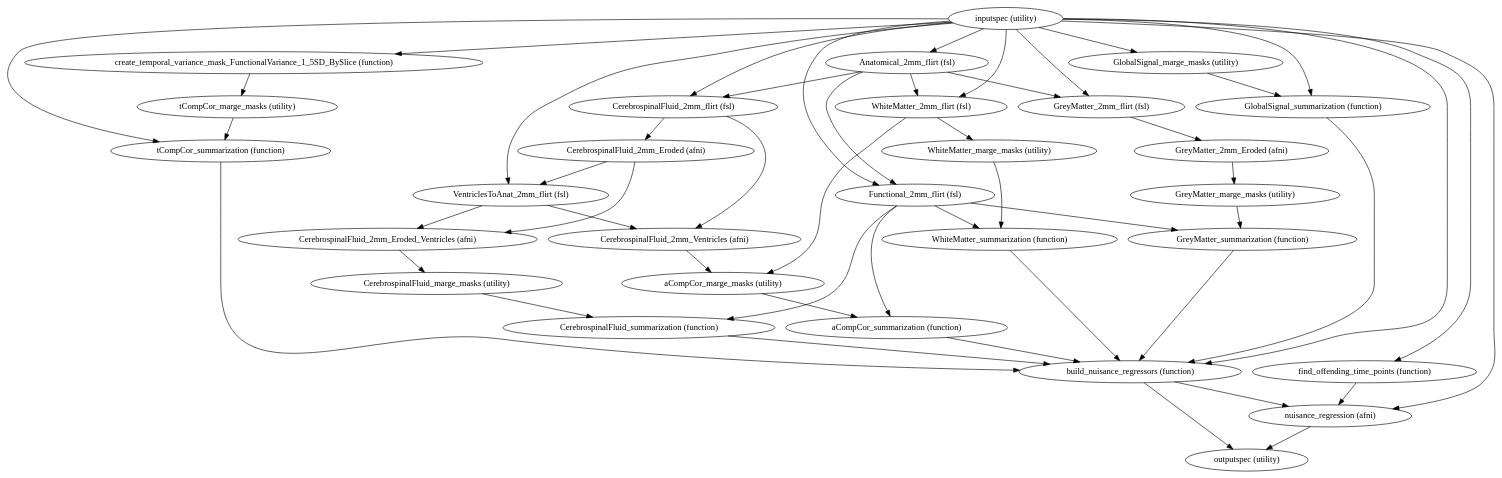
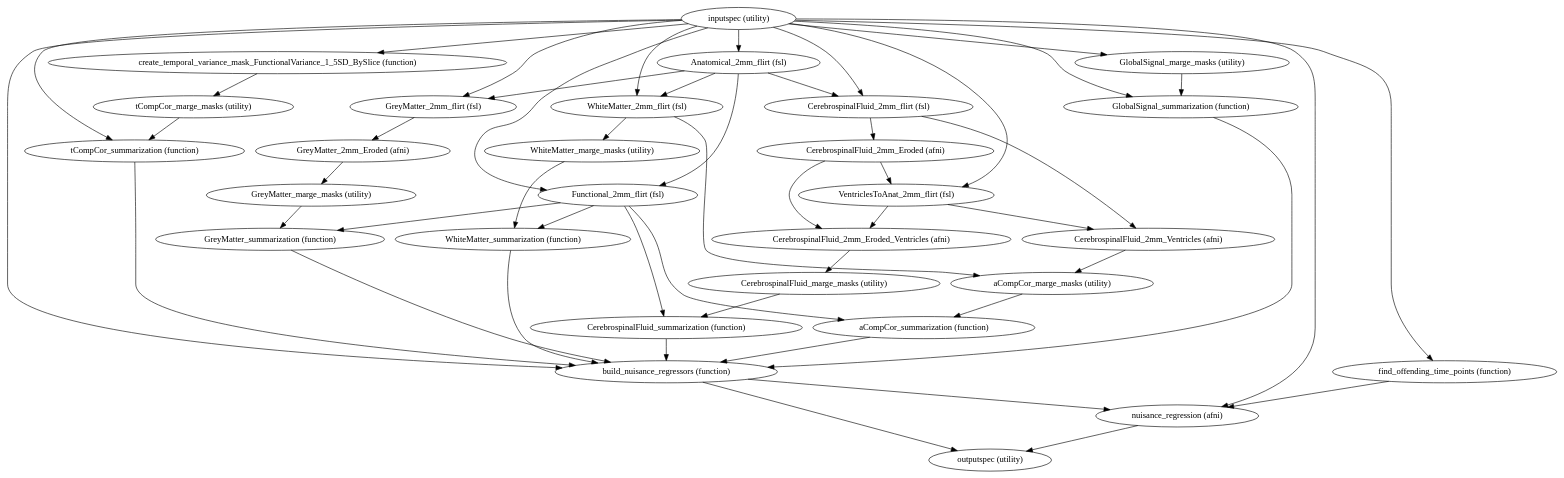
The diagram in docs/developer/workflows/images/nuisance.dot (FCP-INDI/fcp-indi.github.io), drawn with Graphviz before and after one commit. The commit also changed other lines of this file and 10 other files, not shown here.

```diff
--- a/docs/developer/workflows/images/nuisance.dot
+++ b/docs/developer/workflows/images/nuisance.dot
@@ -1,80 +1,80 @@
 strict digraph "" {
 "tCompCor_summarization (function)";
 "CerebrospinalFluid_2mm_Eroded (afni)";
 "Anatomical_2mm_flirt (fsl)";
 "inputspec (utility)";
-"WhiteMatter_2mm_flirt (fsl)";
-"aCompCor_summarization (function)";
+"CerebrospinalFluid_2mm_Eroded_Ventricles (afni)";
 "build_nuisance_regressors (function)";
 "GreyMatter_2mm_flirt (fsl)";
 "GreyMatter_2mm_Eroded (afni)";
 "CerebrospinalFluid_2mm_flirt (fsl)";
-"aCompCor_marge_masks (utility)";
+"aCompCor_summarization (function)";
 "find_offending_time_points (function)";
-"CerebrospinalFluid_2mm_Eroded_Ventricles (afni)";
+"WhiteMatter_2mm_flirt (fsl)";
 "tCompCor_marge_masks (utility)";
 "GlobalSignal_summarization (function)";
+"aCompCor_marge_masks (utility)";
 "WhiteMatter_marge_masks (utility)";
 "GreyMatter_marge_masks (utility)";
 "GlobalSignal_marge_masks (utility)";
 "WhiteMatter_summarization (function)";
 "VentriclesToAnat_2mm_flirt (fsl)";
 "CerebrospinalFluid_summarization (function)";
 "nuisance_regression (afni)";
 "CerebrospinalFluid_2mm_Ventricles (afni)";
 "outputspec (utility)";
 "create_temporal_variance_mask_FunctionalVariance_1_5SD_BySlice (function)";
 "Functional_2mm_flirt (fsl)";
 "CerebrospinalFluid_marge_masks (utility)";
 "GreyMatter_summarization (function)";
 "tCompCor_summarization (function)" -> "build_nuisance_regressors (function)";
 "CerebrospinalFluid_2mm_Eroded (afni)" -> "CerebrospinalFluid_2mm_Eroded_Ventricles (afni)";
 "CerebrospinalFluid_2mm_Eroded (afni)" -> "VentriclesToAnat_2mm_flirt (fsl)";
 "Anatomical_2mm_flirt (fsl)" -> "Functional_2mm_flirt (fsl)";
 "Anatomical_2mm_flirt (fsl)" -> "CerebrospinalFluid_2mm_flirt (fsl)";
 "Anatomical_2mm_flirt (fsl)" -> "GreyMatter_2mm_flirt (fsl)";
 "Anatomical_2mm_flirt (fsl)" -> "WhiteMatter_2mm_flirt (fsl)";
 "inputspec (utility)" -> "tCompCor_summarization (function)";
 "inputspec (utility)" -> "nuisance_regression (afni)";
 "inputspec (utility)" -> "find_offending_time_points (function)";
 "inputspec (utility)" -> "WhiteMatter_2mm_flirt (fsl)";
 "inputspec (utility)" -> "create_temporal_variance_mask_FunctionalVariance_1_5SD_BySlice (function)";
 "inputspec (utility)" -> "GlobalSignal_summarization (function)";
 "inputspec (utility)" -> "Anatomical_2mm_flirt (fsl)";
 "inputspec (utility)" -> "Functional_2mm_flirt (fsl)";
 "inputspec (utility)" -> "GlobalSignal_marge_masks (utility)";
 "inputspec (utility)" -> "build_nuisance_regressors (function)";
 "inputspec (utility)" -> "GreyMatter_2mm_flirt (fsl)";
 "inputspec (utility)" -> "VentriclesToAnat_2mm_flirt (fsl)";
 "inputspec (utility)" -> "CerebrospinalFluid_2mm_flirt (fsl)";
-"WhiteMatter_2mm_flirt (fsl)" -> "aCompCor_marge_masks (utility)";
-"WhiteMatter_2mm_flirt (fsl)" -> "WhiteMatter_marge_masks (utility)";
-"aCompCor_summarization (function)" -> "build_nuisance_regressors (function)";
+"CerebrospinalFluid_2mm_Eroded_Ventricles (afni)" -> "CerebrospinalFluid_marge_masks (utility)";
 "build_nuisance_regressors (function)" -> "nuisance_regression (afni)";
 "build_nuisance_regressors (function)" -> "outputspec (utility)";
 "GreyMatter_2mm_flirt (fsl)" -> "GreyMatter_2mm_Eroded (afni)";
 "GreyMatter_2mm_Eroded (afni)" -> "GreyMatter_marge_masks (utility)";
+"CerebrospinalFluid_2mm_flirt (fsl)" -> "CerebrospinalFluid_2mm_Ventricles (afni)";
 "CerebrospinalFluid_2mm_flirt (fsl)" -> "CerebrospinalFluid_2mm_Eroded (afni)";
-"CerebrospinalFluid_2mm_flirt (fsl)" -> "CerebrospinalFluid_2mm_Ventricles (afni)";
-"aCompCor_marge_masks (utility)" -> "aCompCor_summarization (function)";
+"aCompCor_summarization (function)" -> "build_nuisance_regressors (function)";
 "find_offending_time_points (function)" -> "nuisance_regression (afni)";
-"CerebrospinalFluid_2mm_Eroded_Ventricles (afni)" -> "CerebrospinalFluid_marge_masks (utility)";
+"WhiteMatter_2mm_flirt (fsl)" -> "aCompCor_marge_masks (utility)";
+"WhiteMatter_2mm_flirt (fsl)" -> "WhiteMatter_marge_masks (utility)";
 "tCompCor_marge_masks (utility)" -> "tCompCor_summarization (function)";
 "GlobalSignal_summarization (function)" -> "build_nuisance_regressors (function)";
+"aCompCor_marge_masks (utility)" -> "aCompCor_summarization (function)";
 "WhiteMatter_marge_masks (utility)" -> "WhiteMatter_summarization (function)";
 "GreyMatter_marge_masks (utility)" -> "GreyMatter_summarization (function)";
 "GlobalSignal_marge_masks (utility)" -> "GlobalSignal_summarization (function)";
 "WhiteMatter_summarization (function)" -> "build_nuisance_regressors (function)";
 "VentriclesToAnat_2mm_flirt (fsl)" -> "CerebrospinalFluid_2mm_Ventricles (afni)";
 "VentriclesToAnat_2mm_flirt (fsl)" -> "CerebrospinalFluid_2mm_Eroded_Ventricles (afni)";
 "CerebrospinalFluid_summarization (function)" -> "build_nuisance_regressors (function)";
 "nuisance_regression (afni)" -> "outputspec (utility)";
 "CerebrospinalFluid_2mm_Ventricles (afni)" -> "aCompCor_marge_masks (utility)";
 "create_temporal_variance_mask_FunctionalVariance_1_5SD_BySlice (function)" -> "tCompCor_marge_masks (utility)";
 "Functional_2mm_flirt (fsl)" -> "aCompCor_summarization (function)";
 "Functional_2mm_flirt (fsl)" -> "GreyMatter_summarization (function)";
 "Functional_2mm_flirt (fsl)" -> "WhiteMatter_summarization (function)";
 "Functional_2mm_flirt (fsl)" -> "CerebrospinalFluid_summarization (function)";
 "CerebrospinalFluid_marge_masks (utility)" -> "CerebrospinalFluid_summarization (function)";
 "GreyMatter_summarization (function)" -> "build_nuisance_regressors (function)";
 }
```
